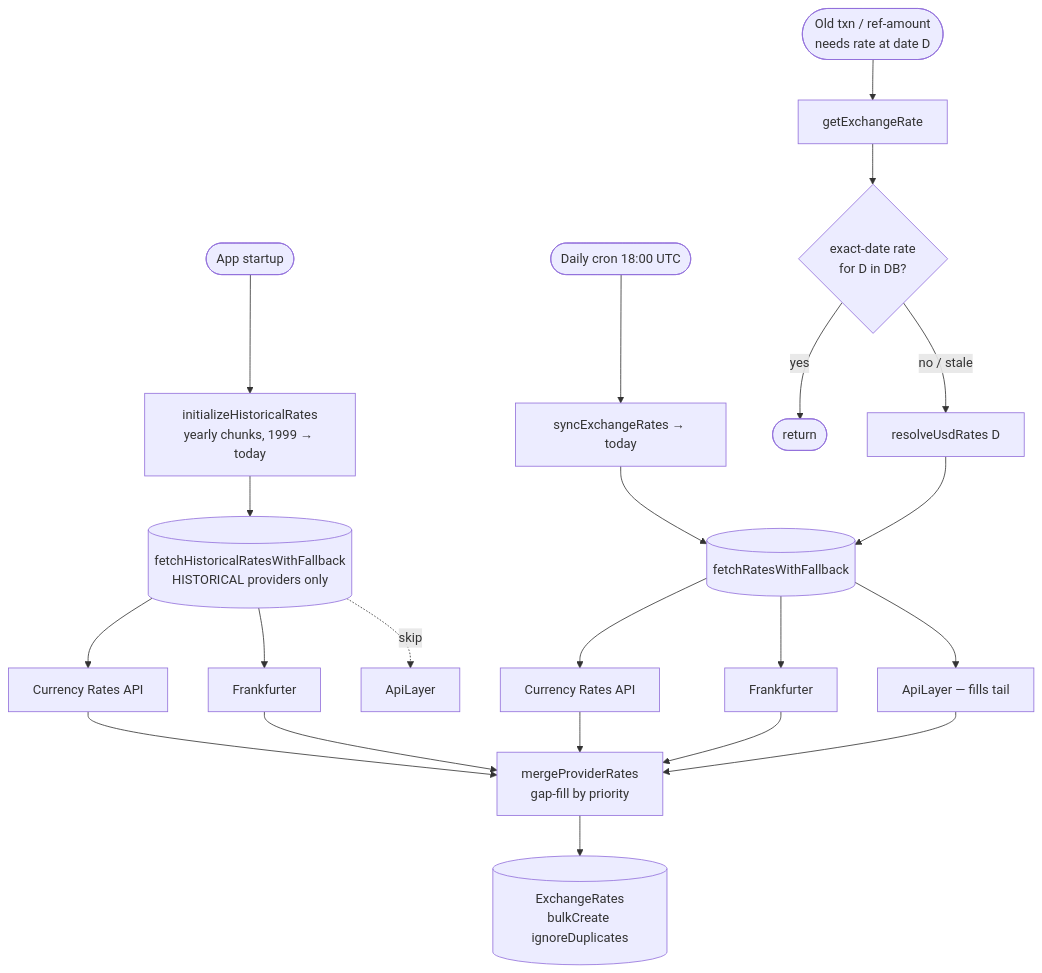
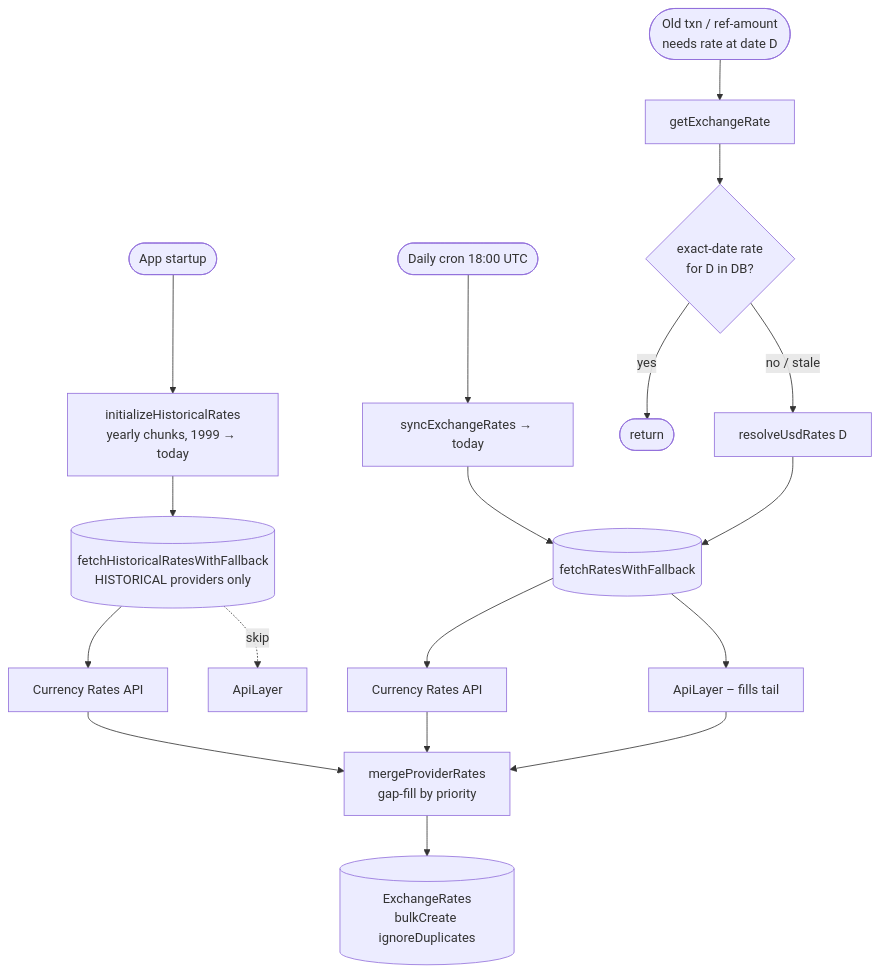
The diagram in packages/backend/docs/exchange-rates.md (letehaha/budget-tracker), drawn with Mermaid before and after one commit. The commit also changed other lines of this file and 25 other files, not shown here.

First line of the commit message:
chore(exchange-rates): drop Frankfurter provider as a fallback

````diff
--- a/packages/backend/docs/exchange-rates.md
+++ b/packages/backend/docs/exchange-rates.md
@@ -23,30 +22,28 @@
 ```mermaid
 flowchart TD
     Start([App startup])
     Cron([Daily cron 18:00 UTC])
     Txn([Old txn / ref-amount<br/>needs rate at date D])
 
     Start --> Hist[initializeHistoricalRates<br/>yearly chunks, 1999 → today]
     Cron --> Sync[syncExchangeRates → today]
     Txn --> GetRate[getExchangeRate]
 
     GetRate --> Lookup{exact-date rate<br/>for D in DB?}
     Lookup -- yes --> Done([return])
     Lookup -- no / stale --> Fetch[resolveUsdRates D]
 
     Hist --> HistReg[(fetchHistoricalRatesWithFallback<br/>HISTORICAL providers only)]
     Sync --> DayReg[(fetchRatesWithFallback)]
     Fetch --> DayReg
 
     HistReg --> P1H[Currency Rates API]
-    HistReg --> P2H[Frankfurter]
-    HistReg -.skip.-> P3H[ApiLayer]
+    HistReg -.skip.-> P2H[ApiLayer]
 
     DayReg --> P1[Currency Rates API]
-    DayReg --> P2[Frankfurter]
-    DayReg --> P3[ApiLayer — fills tail]
+    DayReg --> P2[ApiLayer – fills tail]
 
-    P1 & P2 & P3 --> Merge[mergeProviderRates<br/>gap-fill by priority]
-    P1H & P2H --> Merge
+    P1 & P2 --> Merge[mergeProviderRates<br/>gap-fill by priority]
+    P1H --> Merge
     Merge --> DB[(ExchangeRates<br/>bulkCreate ignoreDuplicates)]
 ```
````
